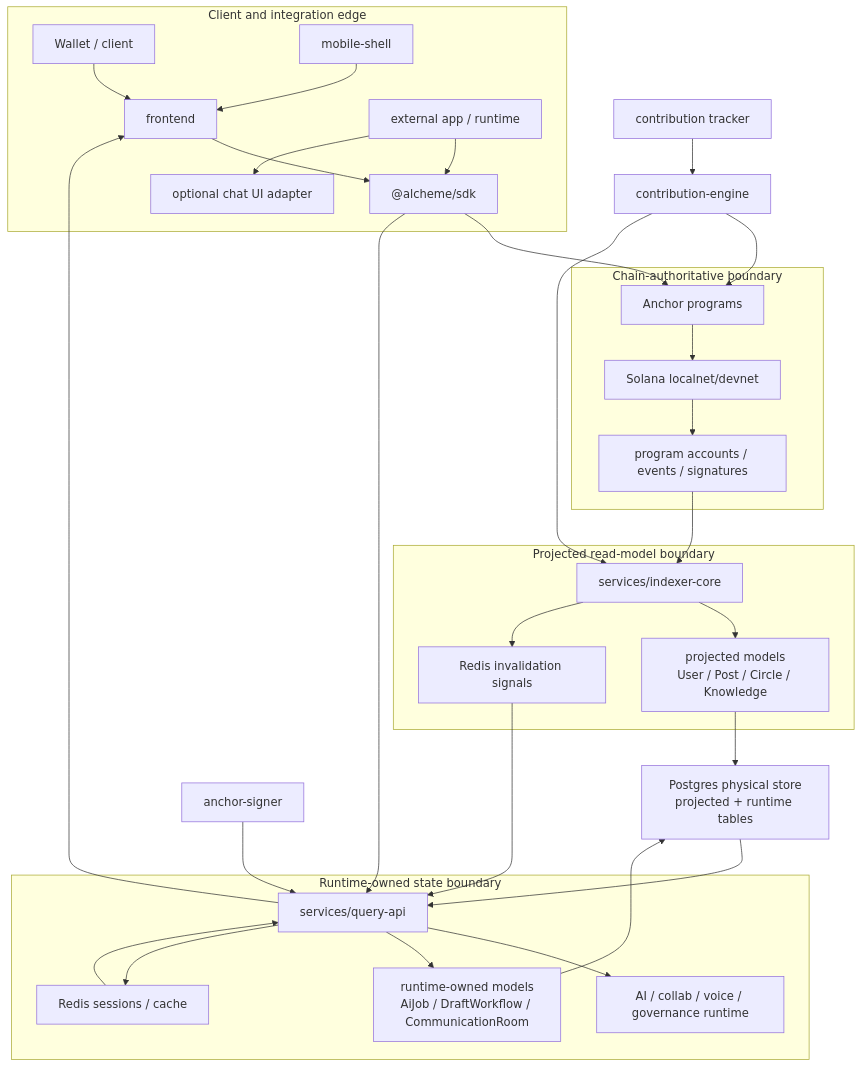
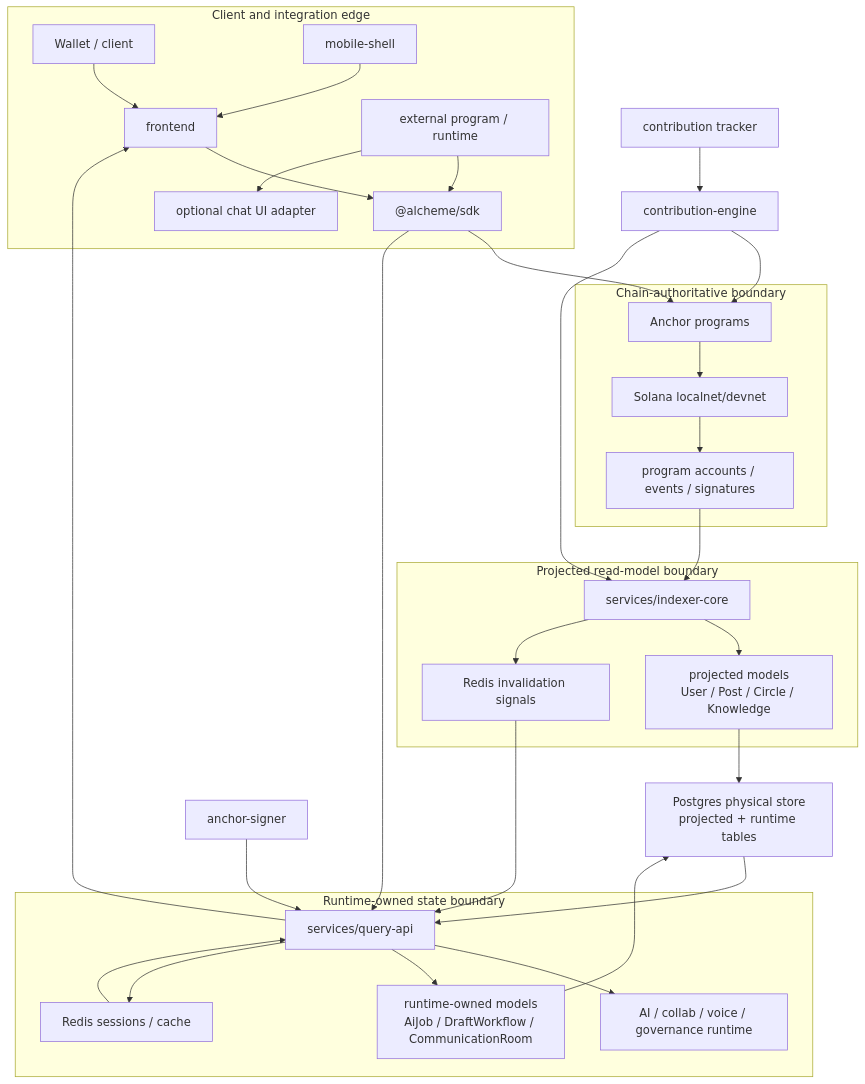
One commit to alcheme-labs/alcheme-protocol changed the first of 7 diagrams in docs/architecture/README.md. Above: the diagram before and after it, drawn with Mermaid. The commit also changed other lines of this file and 18 other files, not shown here.

Commit message:
Document external program integration quickstart

````diff
--- a/docs/architecture/README.md
+++ b/docs/architecture/README.md
@@ -9,52 +9,52 @@
 ```mermaid
 flowchart TB
     subgraph clients["Client and integration edge"]
         wallet["Wallet / client"] --> frontend["frontend"]
         mobile["mobile-shell"] --> frontend
         frontend --> sdk["@alcheme/sdk"]
-        external["external app / runtime"] --> sdk
-        external["external app / runtime"] --> gameui["optional chat UI adapter"]
+        external["external program / runtime"] --> sdk
+        external["external program / runtime"] --> gameui["optional chat UI adapter"]
     end
 
     subgraph chain_boundary["Chain-authoritative boundary"]
         programs["Anchor programs"]
         solana["Solana localnet/devnet"]
         chainfacts["program accounts / events / signatures"]
         programs --> solana --> chainfacts
     end
 
     subgraph projection_boundary["Projected read-model boundary"]
         indexer["services/indexer-core"]
         projected["projected models\nUser / Post / Circle / Knowledge"]
         invalidation["Redis invalidation signals"]
         indexer --> projected
         indexer --> invalidation
     end
 
     subgraph runtime_boundary["Runtime-owned state boundary"]
         query["services/query-api"]
         runtime["AI / collab / voice / governance runtime"]
         runtime_state["runtime-owned models\nAiJob / DraftWorkflow / CommunicationRoom"]
         session_cache["Redis sessions / cache"]
         query --> runtime
         query --> runtime_state
         query --> session_cache
     end
 
     postgres["Postgres physical store\nprojected + runtime tables"]
 
     sdk --> programs
     sdk --> query
     chainfacts --> indexer
     projected --> postgres
     runtime_state --> postgres
     postgres --> query
     invalidation --> query
     session_cache --> query
     query --> frontend
 
     contrib["contribution-engine"] --> programs
     contrib --> indexer
     tracker["contribution tracker"] --> contrib
     signer["anchor-signer"] --> query
 ```
````
